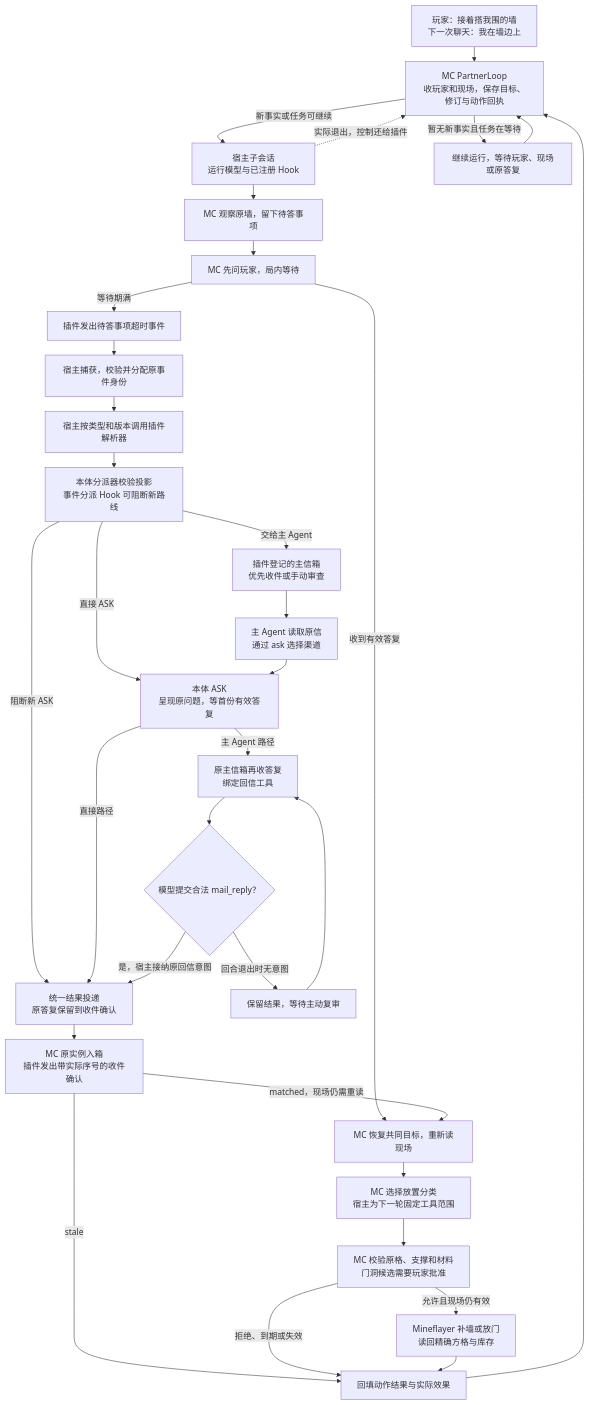
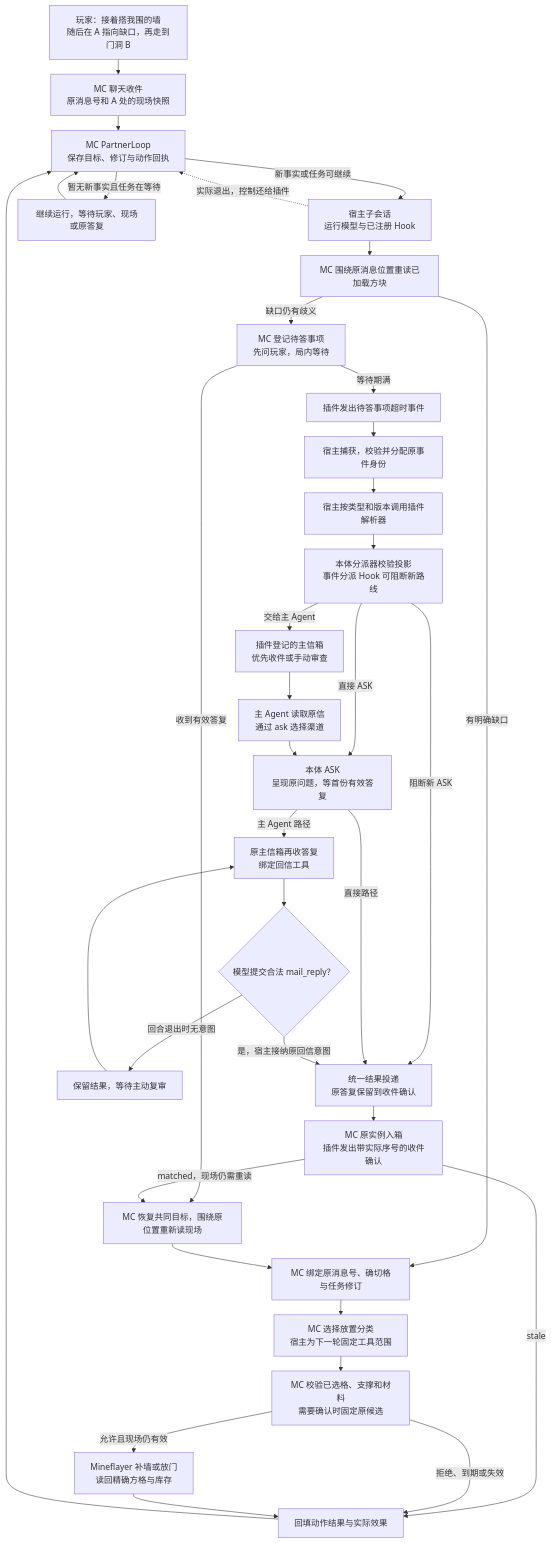
The third of 3 diagrams in docs/architecture.md (AuraKaliya/DaFeiYu-), drawn with Mermaid before and after one commit. The commit also changed other lines of this file and 2 other files, not shown here.

Commit message:
更新 MC 移动与缺口验收说明
内容

- 更新架构图、缺口与 ASK 流程图，以及动作进展和实效的 Trace 阅读入口。

- 给出两处缺口和边走边聊合并试玩的步骤。

````diff
--- a/docs/architecture.md
+++ b/docs/architecture.md
@@ -146,41 +150,44 @@
 ```mermaid
 ---
 config:
   flowchart:
     rankSpacing: 28
     nodeSpacing: 24
 ---
 flowchart TB
-    Game["玩家：接着搭我围的墙<br/>下一次聊天：我在墙边上"] --> Loop
-    Loop["MC PartnerLoop<br/>收玩家和现场，保存目标、修订与动作回执"] -->|新事实或任务可继续| Turn
-    Turn["宿主子会话<br/>运行模型与已注册 Hook"] --> Look["MC 观察原墙，留下待答事项"]
-    Look --> Local["MC 先问玩家，局内等待"]
+    Game["玩家：接着搭我围的墙<br/>随后在 A 指向缺口，再走到门洞 B"] --> Anchor["MC 聊天收件<br/>原消息号和 A 处的现场快照"]
+    Anchor --> Loop
+    Loop["MC PartnerLoop<br/>保存目标、修订与动作回执"] -->|新事实或任务可继续| Turn
+    Turn["宿主子会话<br/>运行模型与已注册 Hook"] --> Look["MC 围绕原消息位置重读已加载方块"]
+    Look -->|有明确缺口| Bind
+    Look -->|缺口仍有歧义| Local["MC 登记待答事项<br/>先问玩家，局内等待"]
     Local -->|收到有效答复| Resurvey
     Local -->|等待期满| Event["插件发出待答事项超时事件"]
     Event --> Capture["宿主捕获，校验并分配原事件身份"]
     Capture --> Decode["宿主按类型和版本调用插件解析器"]
     Decode --> Dispatch["本体分派器校验投影<br/>事件分派 Hook 可阻断新路线"]
     Dispatch -->|直接 ASK| Ask["本体 ASK<br/>呈现原问题，等首份有效答复"]
     Dispatch -->|交给主 Agent| Box["插件登记的主信箱<br/>优先收件或手动审查"]
     Dispatch -->|阻断新 ASK| Delivery
     Box --> Main["主 Agent 读取原信<br/>通过 ask 选择渠道"]
     Main --> Ask
     Ask -->|直接路径| Delivery["统一结果投递<br/>原答复保留到收件确认"]
     Ask -->|主 Agent 路径| Back["原主信箱再收答复<br/>绑定回信工具"]
     Back --> Intent{"模型提交合法 mail_reply？"}
     Intent -->|是，宿主接纳原回信意图| Delivery
     Intent -->|回合退出时无意图| Review["保留结果，等待主动复审"]
     Review --> Back
     Delivery --> In["MC 原实例入箱<br/>插件发出带实际序号的收件确认"]
-    In -->|matched，现场仍需重读| Resurvey["MC 恢复共同目标，重新读现场"]
+    In -->|matched，现场仍需重读| Resurvey["MC 恢复共同目标，围绕原位置重新读现场"]
     In -->|stale| Receipt
-    Resurvey --> Expand["MC 选择放置分类<br/>宿主为下一轮固定工具范围"]
-    Expand --> Gate["MC 校验原格、支撑和材料<br/>门洞候选需要玩家批准"]
+    Resurvey --> Bind["MC 绑定原消息号、确切格与任务修订"]
+    Bind --> Expand["MC 选择放置分类<br/>宿主为下一轮固定工具范围"]
+    Expand --> Gate["MC 校验已选格、支撑和材料<br/>需要确认时固定原候选"]
     Gate -->|允许且现场仍有效| Work["Mineflayer 补墙或放门<br/>读回精确方格与库存"]
     Gate -->|拒绝、到期或失效| Receipt
     Work --> Receipt["回填动作结果与实际效果"]
     Turn -. 实际退出，控制还给插件 .-> Loop
     Receipt --> Loop
     Loop -->|暂无新事实且任务在等待| Wait["继续运行，等待玩家、现场或原答复"]
     Wait --> Loop
 ```
````
